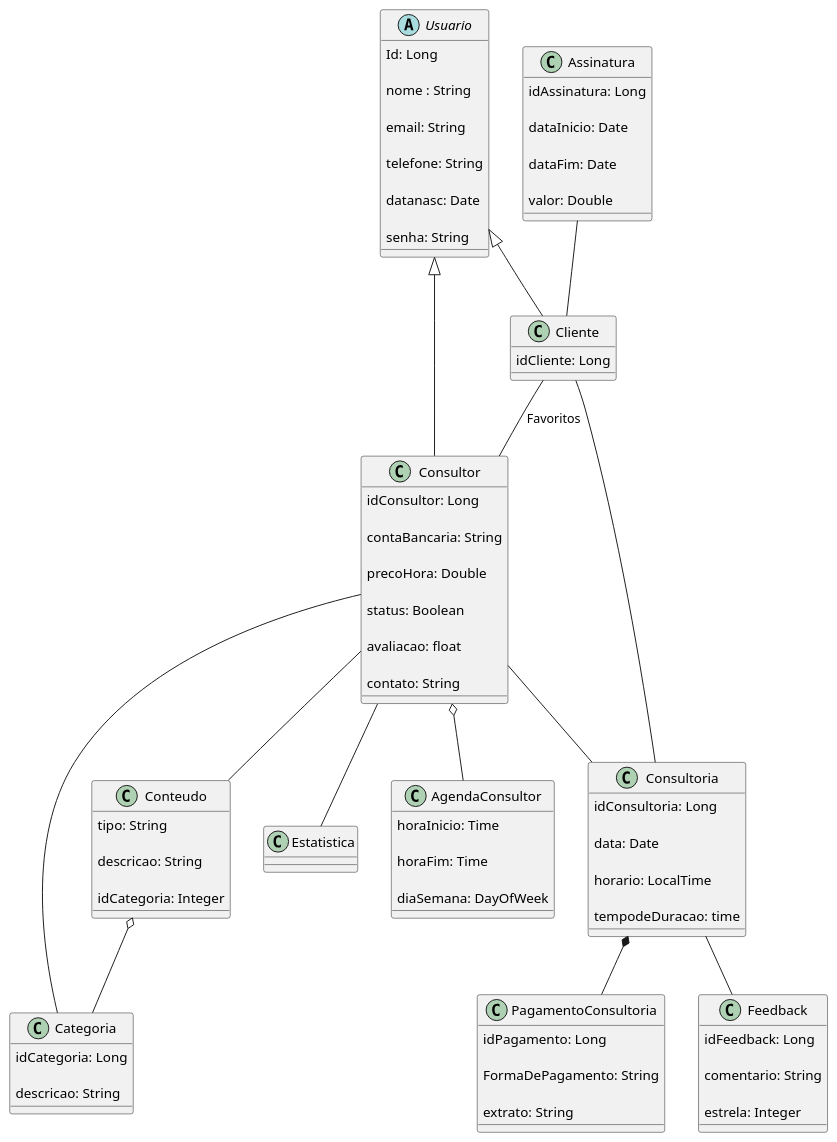
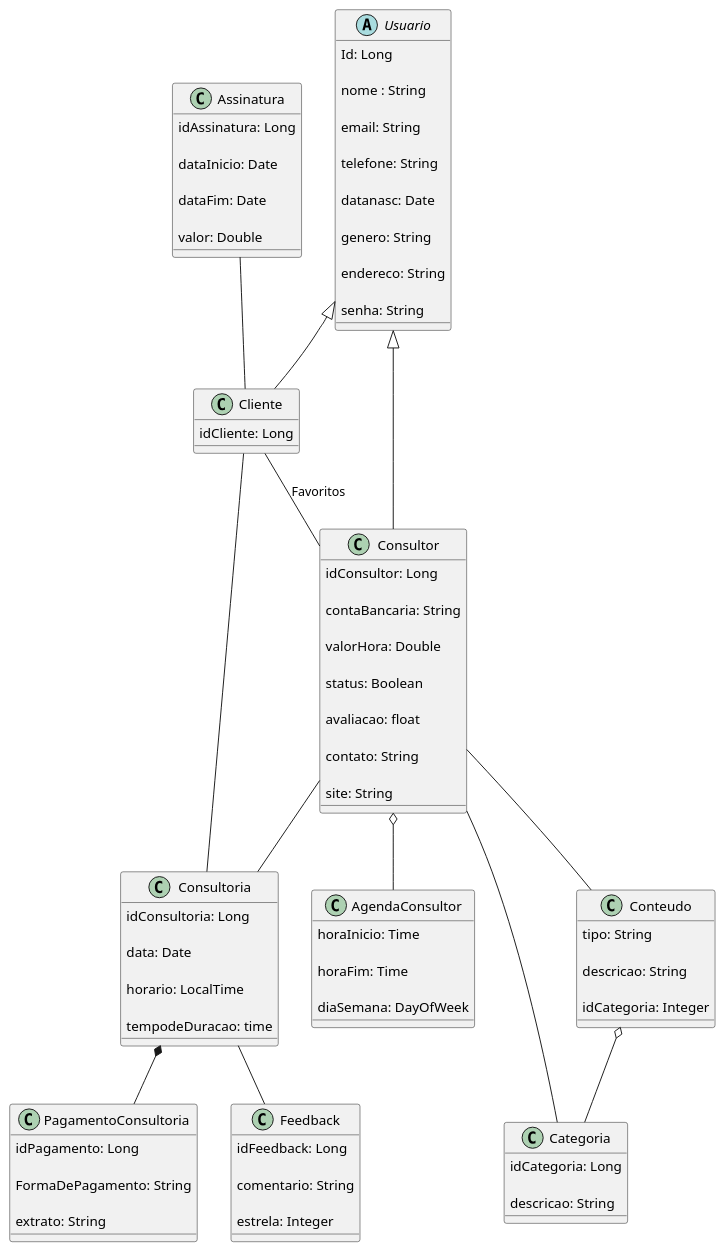
The diagram in docs/modeloConceitual/modConceitual.puml (camycamyha/projetoEngSoftware), drawn with PlantUML before and after one commit. The commit also changed 7 other files, not shown here.

```diff
--- a/docs/modeloConceitual/modConceitual.puml
+++ b/docs/modeloConceitual/modConceitual.puml
@@ -1,158 +1,162 @@
 @startuml "Modelo Conceitual"
 
 abstract class Usuario {
 
     Id: Long
 
     nome : String
 
     email: String
 
     telefone: String
 
     datanasc: Date
 
+    genero: String
+
+    endereco: String
+
     senha: String
 
 
 }
 
  
 
 class Consultor {
 
     idConsultor: Long
 
     contaBancaria: String 
 
-    precoHora: Double
+    valorHora: Double
 
     status: Boolean
 
     avaliacao: float 
 
     contato: String
+
+    site: String
 
 }
 
  
 
 class Cliente {
 
     idCliente: Long
 
 }
 
 
 
  class AgendaConsultor {
 
     horaInicio: Time
 
     horaFim: Time
 
     diaSemana: DayOfWeek
 
 
 }
 
 
 
 class Consultoria{
 
     idConsultoria: Long
 
     data: Date
 
     horario: LocalTime
 
     tempodeDuracao: time
 
 }
 
  
 
  class PagamentoConsultoria {
   
    idPagamento: Long
 
    FormaDePagamento: String
 
    extrato: String
 }
 
  
 
  class Assinatura{
 
      idAssinatura: Long
 
      dataInicio: Date
 
      dataFim: Date
 
      valor: Double
  }
 
  
 
 Class Categoria{
 
     idCategoria: Long
 
     descricao: String
 
 }
 
  
 
 Class Conteudo{
 
   tipo: String
 
   descricao: String
 
   idCategoria: Integer
 
 }
 
 Class Feedback{
 
     idFeedback: Long
 
     comentario: String
 
     estrela: Integer
 
 }
 
  
 
 Consultor --|> Usuario
 
 Usuario <|-- Cliente 
  
 Cliente -- Consultor : Favoritos
 
 Consultor o-- AgendaConsultor
 
-Consultor -- Estatistica
-
 Consultor -- Categoria
 
 Consultor -- Conteudo
 
 Conteudo o-- Categoria
 
 Consultor -- Consultoria
 
 Consultoria -- Feedback
 
 Consultoria *-- PagamentoConsultoria
 
 Assinatura -- Cliente
 
 Cliente -- Consultoria
 
 
 @enduml
```
